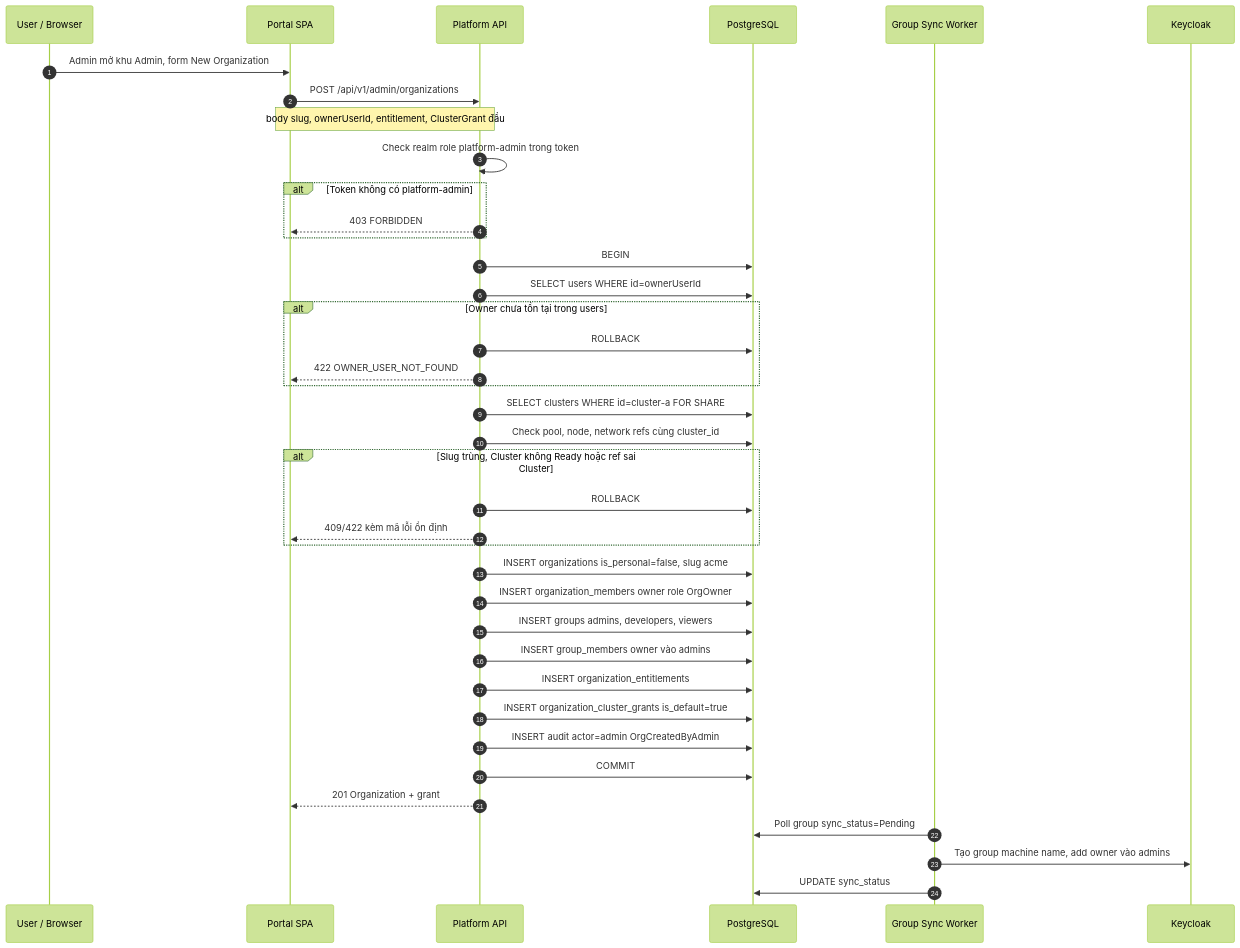
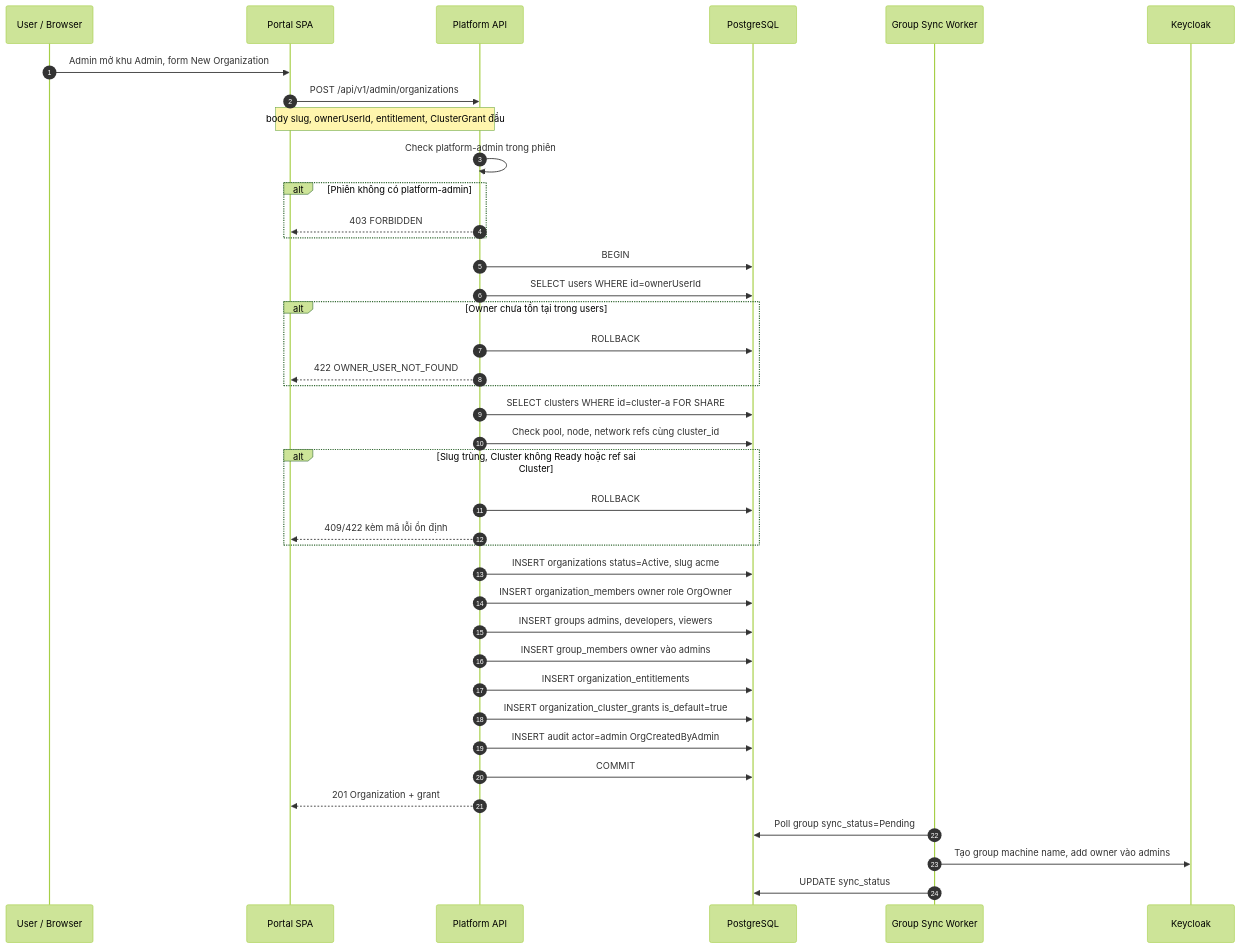
The third of 19 diagrams in docs/architecture/03-flows.md (thaihoc1310/tenantry), drawn with Mermaid (forest theme) before and after one commit. The commit also changed other lines of this file and 12 other files, not shown here.

````diff
--- a/docs/architecture/03-flows.md
+++ b/docs/architecture/03-flows.md
@@ -101,42 +156,42 @@
 ```mermaid
 sequenceDiagram
   autonumber
   participant U as User / Browser
   participant SPA as Portal SPA
   participant API as Platform API
   participant DB as PostgreSQL
   participant GS as Group Sync Worker
   participant KC as Keycloak
 
   U->>SPA: Admin mở khu Admin, form New Organization
   SPA->>API: POST /api/v1/admin/organizations
   Note over SPA,API: body slug, ownerUserId, entitlement, ClusterGrant đầu
-  API->>API: Check realm role platform-admin trong token
-  alt Token không có platform-admin
+  API->>API: Check platform-admin trong phiên
+  alt Phiên không có platform-admin
     API-->>SPA: 403 FORBIDDEN
   end
   API->>DB: BEGIN
   API->>DB: SELECT users WHERE id=ownerUserId
   alt Owner chưa tồn tại trong users
     API->>DB: ROLLBACK
     API-->>SPA: 422 OWNER_USER_NOT_FOUND
   end
   API->>DB: SELECT clusters WHERE id=cluster-a FOR SHARE
   API->>DB: Check pool, node, network refs cùng cluster_id
   alt Slug trùng, Cluster không Ready hoặc ref sai Cluster
     API->>DB: ROLLBACK
     API-->>SPA: 409/422 kèm mã lỗi ổn định
   end
-  API->>DB: INSERT organizations is_personal=false, slug acme
+  API->>DB: INSERT organizations status=Active, slug acme
   API->>DB: INSERT organization_members owner role OrgOwner
   API->>DB: INSERT groups admins, developers, viewers
   API->>DB: INSERT group_members owner vào admins
   API->>DB: INSERT organization_entitlements
   API->>DB: INSERT organization_cluster_grants is_default=true
   API->>DB: INSERT audit actor=admin OrgCreatedByAdmin
   API->>DB: COMMIT
   API-->>SPA: 201 Organization + grant
   GS->>DB: Poll group sync_status=Pending
   GS->>KC: Tạo group machine name, add owner vào admins
   GS->>DB: UPDATE sync_status
 ```
````
